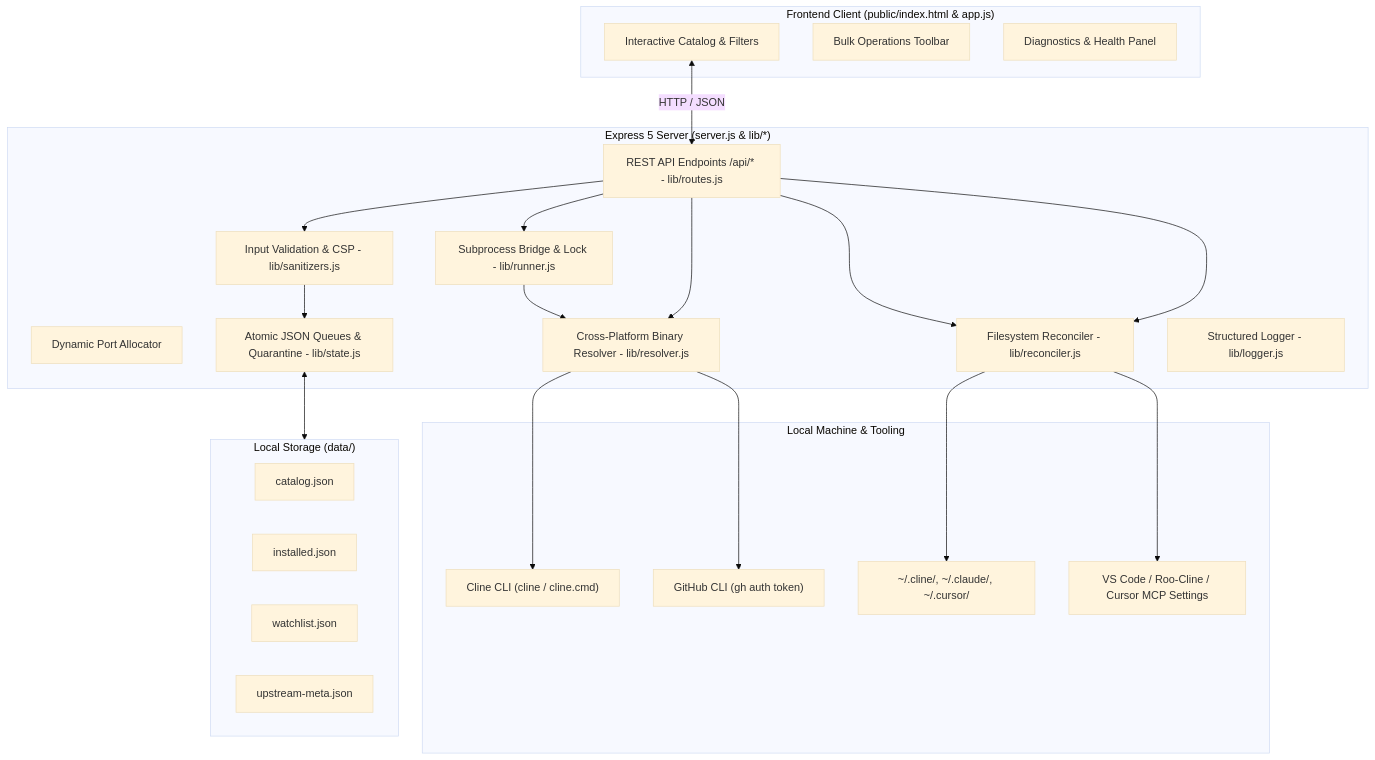
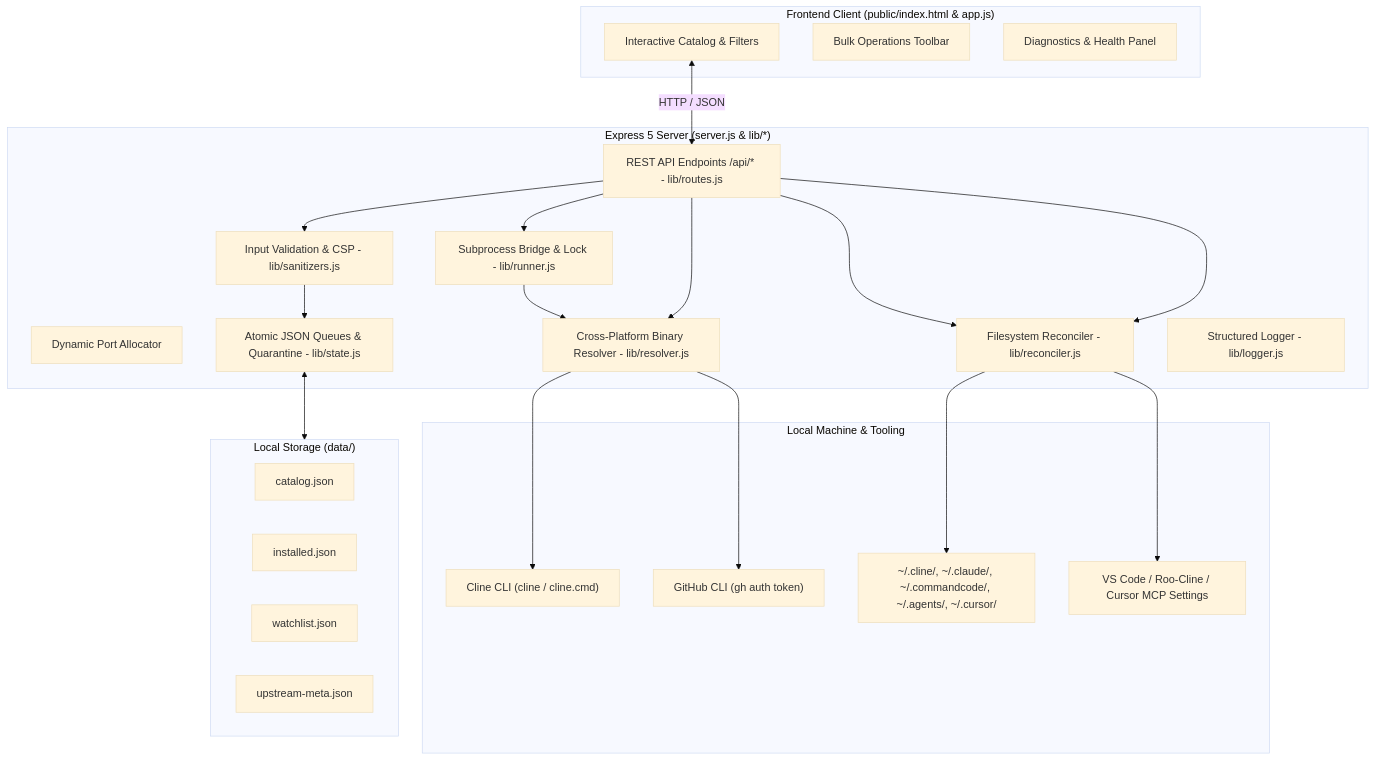
Before and after one commit to Mateo-Piedra22/ClineMarket: the diagram in README.md, drawn with Mermaid (base theme). The commit also changed other lines of this file and 47 other files, not shown here.

````diff
--- a/README.md
+++ b/README.md
@@ -89,41 +89,41 @@
 ```mermaid
 flowchart TD
     subgraph Client ["Frontend Client (public/index.html & app.js)"]
         UI[Interactive Catalog & Filters]
         BulkUI[Bulk Operations Toolbar]
         HealthUI[Diagnostics & Health Panel]
     end
 
     subgraph ControlPlane ["Express 5 Server (server.js & lib/*)"]
         Router[REST API Endpoints /api/* - lib/routes.js]
         Guard[Input Validation & CSP - lib/sanitizers.js]
         PortMgr[Dynamic Port Allocator]
         Resolver[Cross-Platform Binary Resolver - lib/resolver.js]
         Runner[Subprocess Bridge & Lock - lib/runner.js]
         Reconciler[Filesystem Reconciler - lib/reconciler.js]
         State[Atomic JSON Queues & Quarantine - lib/state.js]
         Logger[Structured Logger - lib/logger.js]
     end
 
     subgraph Environment ["Local Machine & Tooling"]
         ClineBin["Cline CLI (cline / cline.cmd)"]
         GHBin["GitHub CLI (gh auth token)"]
-        StorageRoots["~/.cline/, ~/.claude/, ~/.cursor/"]
+        StorageRoots["~/.cline/, ~/.claude/, ~/.commandcode/, ~/.agents/, ~/.cursor/"]
         VSCodeStorage["VS Code / Roo-Cline / Cursor MCP Settings"]
     end
 
     subgraph Storage ["Local Storage (data/)"]
         CatCache[catalog.json]
         InstStore[installed.json]
         WatchStore[watchlist.json]
         MetaStore[upstream-meta.json]
     end
 
     UI <-->|HTTP / JSON| Router
     Router --> Guard --> State
     State <--> Storage
     Router --> Runner --> Resolver --> ClineBin
     Router --> Resolver --> GHBin
     Router --> Reconciler --> StorageRoots
     Router --> Reconciler --> VSCodeStorage
 ```
````
